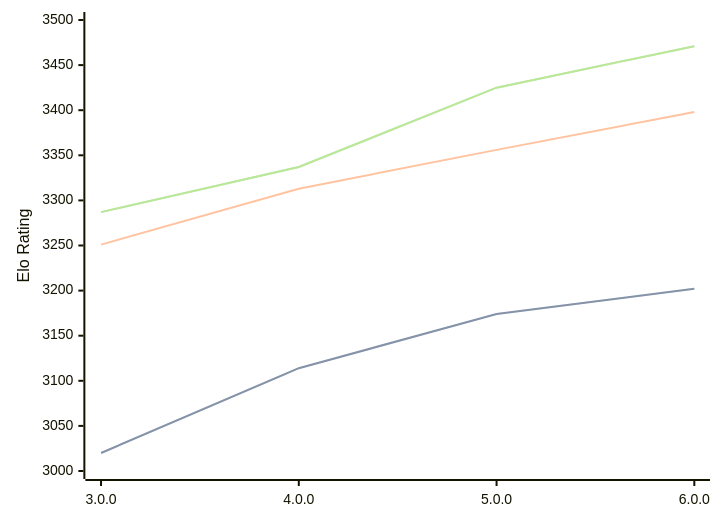
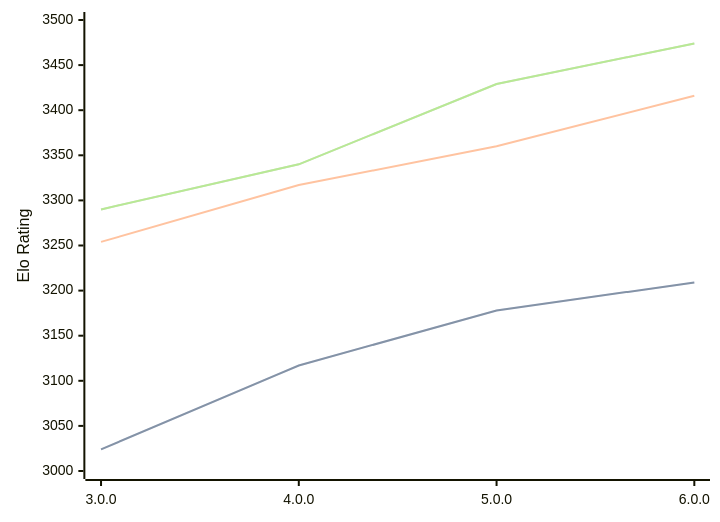
The diagram in engines/Minke.md (computer-chess-index/cci), drawn with Mermaid before and after one commit. The commit also changed other lines of this file, not shown here.

Commit message:
Update CCI Ratings (ELO VLTC) - 2026-05-02

````diff
--- a/engines/Minke.md
+++ b/engines/Minke.md
@@ -36,11 +36,11 @@
 ```mermaid
 %%{init: {"theme":"base","themeVariables":{"seriesColors:['#a3a3a3','#222221','#faa371']}}}%%
 xychart-beta
   x-axis ["3.0.0", "4.0.0", "5.0.0", "6.0.0"]
   y-axis "Elo Rating" 3000 --> 3500
-  line "STC (8.0+0.08s)" [3020, 3114, 3174, 3202]
-  line "STC (8.0+0.08s)" [3020, 3114, 3174, 3202]
-  line "LTC (60.0+0.60s)" [3251, 3313, 3356, 3398]
-  line "VLTC (2m24s+1.12s)" [3287, 3337, 3425, 3471]
-  line "VLTC (2m24s+1.12s)" [3287, 3337, 3425, 3471]
+  line "STC (8.0+0.08s)" [3024, 3117, 3178, 3209]
+  line "STC (8.0+0.08s)" [3024, 3117, 3178, 3209]
+  line "LTC (60.0+0.60s)" [3254, 3317, 3360, 3416]
+  line "VLTC (2m24s+1.12s)" [3290, 3340, 3429, 3474]
+  line "VLTC (2m24s+1.12s)" [3290, 3340, 3429, 3474]
 ```
````
